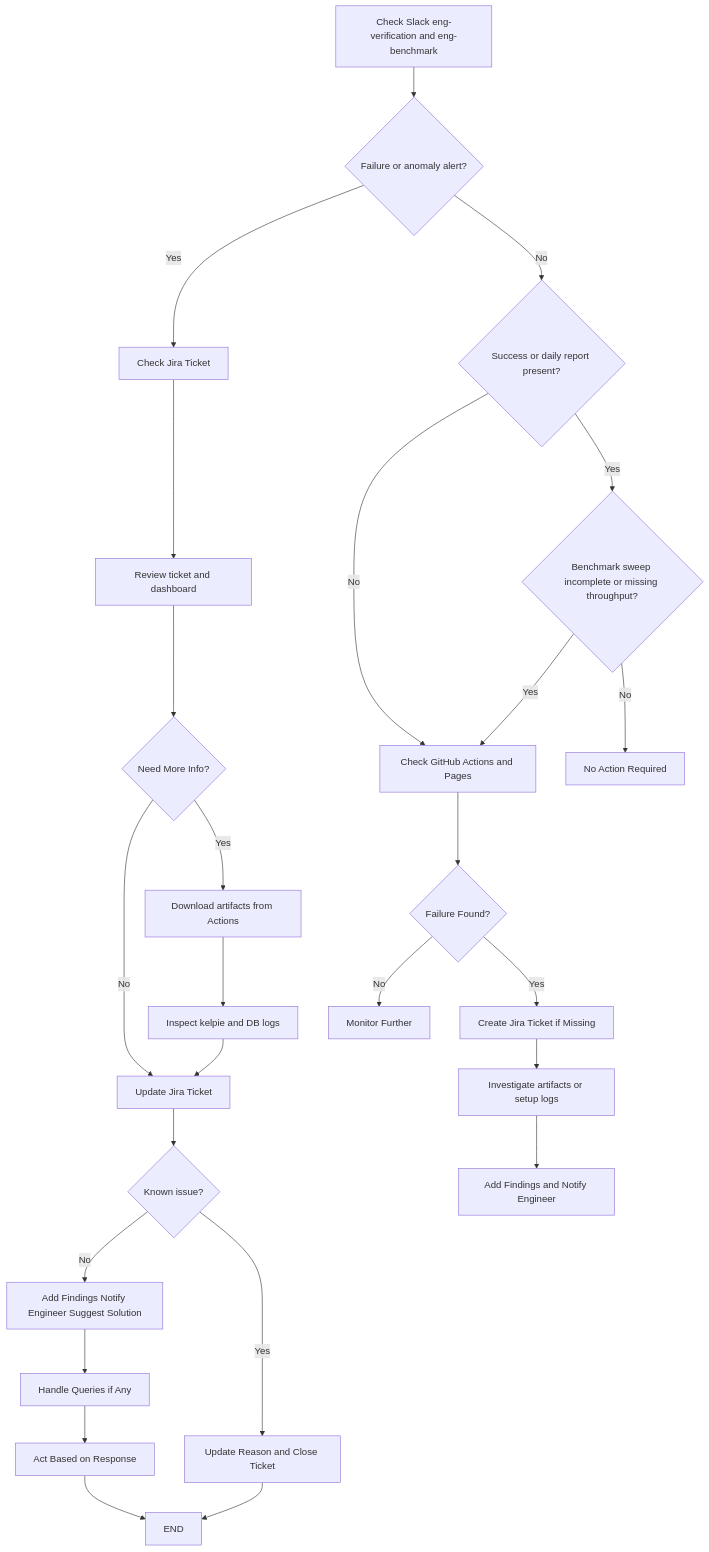
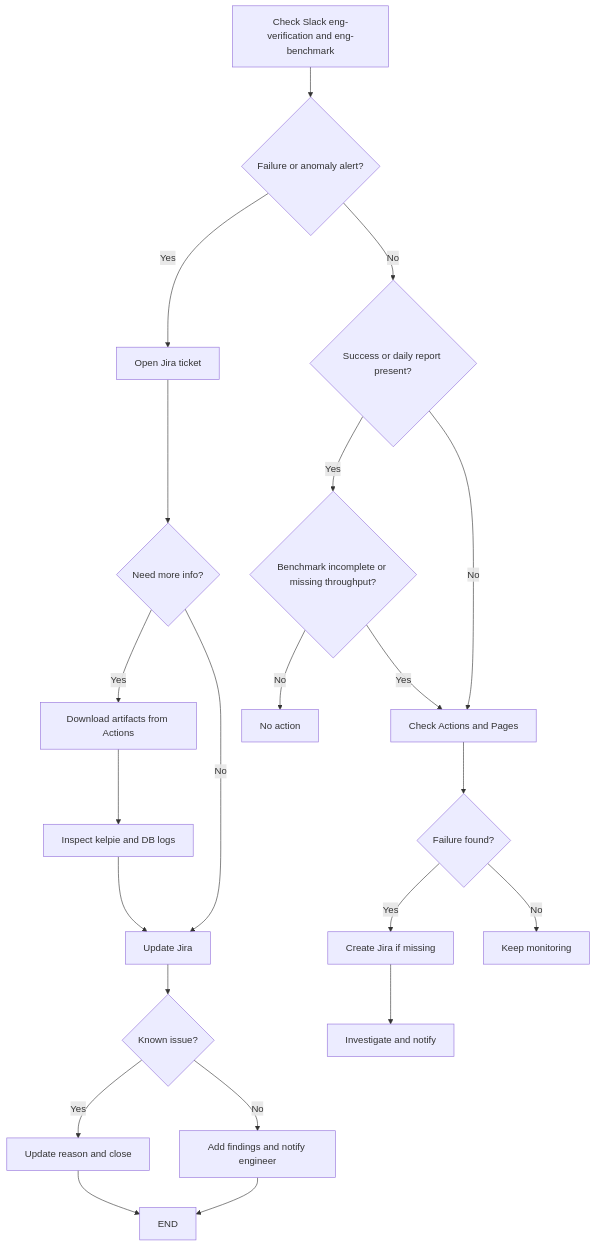
One commit to scalar-labs/kelpie-test changed the diagram in docs/daily-test-checks.md. Above: the diagram before and after it, drawn with Mermaid. The commit also changed other lines of this file and 1 other file, not shown here.

````diff
--- a/docs/daily-test-checks.md
+++ b/docs/daily-test-checks.md
@@ -80,33 +75,27 @@
 ```mermaid
 flowchart TD
 
 A[Check Slack eng-verification and eng-benchmark] --> B{Failure or anomaly alert?}
 
-B -- Yes --> C[Check Jira Ticket]
-C --> D[Review ticket and dashboard]
-D --> E{Need More Info?}
-E -- Yes --> F[Download artifacts from Actions]
-F --> G[Inspect kelpie and DB logs]
-G --> H[Update Jira Ticket]
-E -- No --> H
+B -- Yes --> C[Open Jira ticket]
+C --> D{Need more info?}
+D -- Yes --> E[Download artifacts from Actions]
+E --> F[Inspect kelpie and DB logs]
+F --> G[Update Jira]
+D -- No --> G
+G --> H{Known issue?}
+H -- Yes --> I[Update reason and close]
+H -- No --> J[Add findings and notify engineer]
+I --> END
+J --> END
 
-H --> I{Known issue?}
-I -- Yes --> J[Update Reason and Close Ticket]
-I -- No --> K[Add Findings Notify Engineer Suggest Solution]
-
-J --> END
-K --> L[Handle Queries if Any]
-L --> M[Act Based on Response]
-M --> END
-
-B -- No --> O{Success or daily report present?}
-O -- Yes --> P{Benchmark sweep incomplete or missing throughput?}
-P -- Yes --> Q
-P -- No --> END1[No Action Required]
-O -- No --> Q[Check GitHub Actions and Pages]
-Q --> R{Failure Found?}
-R -- Yes --> S[Create Jira Ticket if Missing]
-S --> T[Investigate artifacts or setup logs]
-T --> V[Add Findings and Notify Engineer]
-R -- No --> END2[Monitor Further]
+B -- No --> K{Success or daily report present?}
+K -- Yes --> L{Benchmark incomplete or missing throughput?}
+L -- Yes --> M[Check Actions and Pages]
+L -- No --> END1[No action]
+K -- No --> M
+M --> N{Failure found?}
+N -- Yes --> O[Create Jira if missing]
+O --> P[Investigate and notify]
+N -- No --> END2[Keep monitoring]
 ```
````
